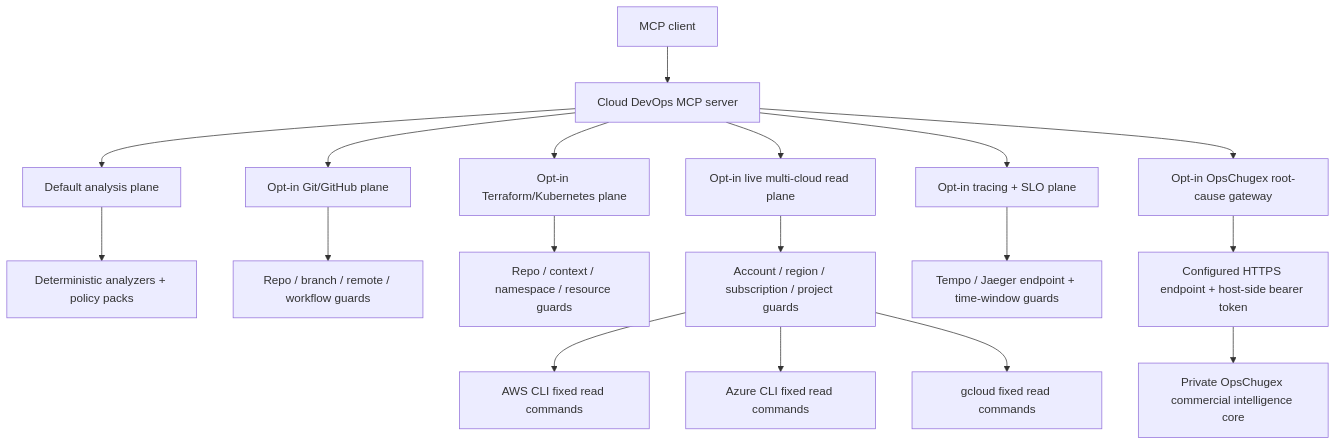
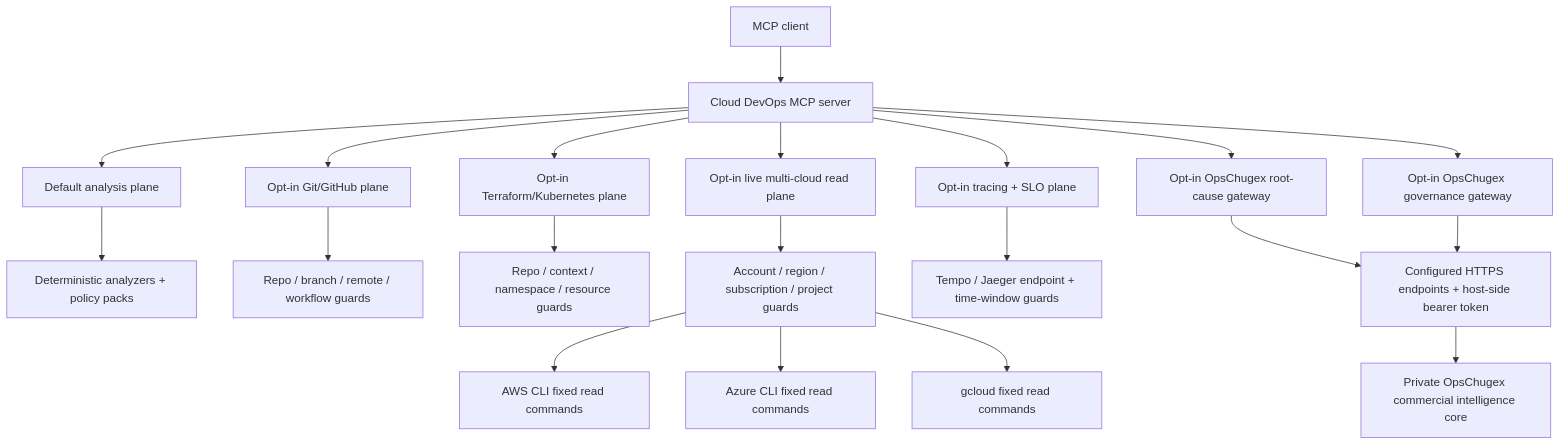
The diagram in docs/architecture.md (alexcgodwin/cloud-devops-mcp-server), drawn with Mermaid before and after one commit. The commit also changed other lines of this file and 14 other files, not shown here.

Commit message:
Add v0.11 OpsChugex governance gateway (#26)

````diff
--- a/docs/architecture.md
+++ b/docs/architecture.md
@@ -19,22 +20,24 @@
 ```mermaid
 flowchart TD
   Client["MCP client"] --> Server["Cloud DevOps MCP server"]
   Server --> Analysis["Default analysis plane"]
   Server --> GitOps["Opt-in Git/GitHub plane"]
   Server --> Infra["Opt-in Terraform/Kubernetes plane"]
   Server --> Cloud["Opt-in live multi-cloud read plane"]
   Server --> Trace["Opt-in tracing + SLO plane"]
-  Server --> OpsCore["Opt-in OpsChugex root-cause gateway"]
+  Server --> RootCause["Opt-in OpsChugex root-cause gateway"]
+  Server --> Governance["Opt-in OpsChugex governance gateway"]
 
   Analysis --> Logic["Deterministic analyzers + policy packs"]
   GitOps --> GitGuards["Repo / branch / remote / workflow guards"]
   Infra --> InfraGuards["Repo / context / namespace / resource guards"]
   Cloud --> CloudGuards["Account / region / subscription / project guards"]
   Trace --> TraceGuards["Tempo / Jaeger endpoint + time-window guards"]
-  OpsCore --> OpsGuards["Configured HTTPS endpoint + host-side bearer token"]
+  RootCause --> OpsGuards["Configured HTTPS endpoints + host-side bearer token"]
+  Governance --> OpsGuards
   OpsGuards --> PrivateCore["Private OpsChugex commercial intelligence core"]
 
   CloudGuards --> AWS["AWS CLI fixed read commands"]
   CloudGuards --> Azure["Azure CLI fixed read commands"]
   CloudGuards --> GCP["gcloud fixed read commands"]
 ```
````
